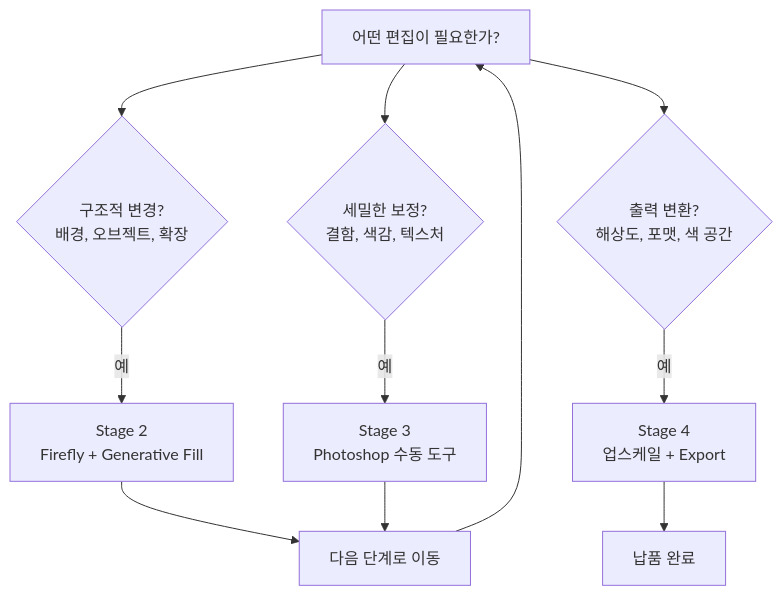
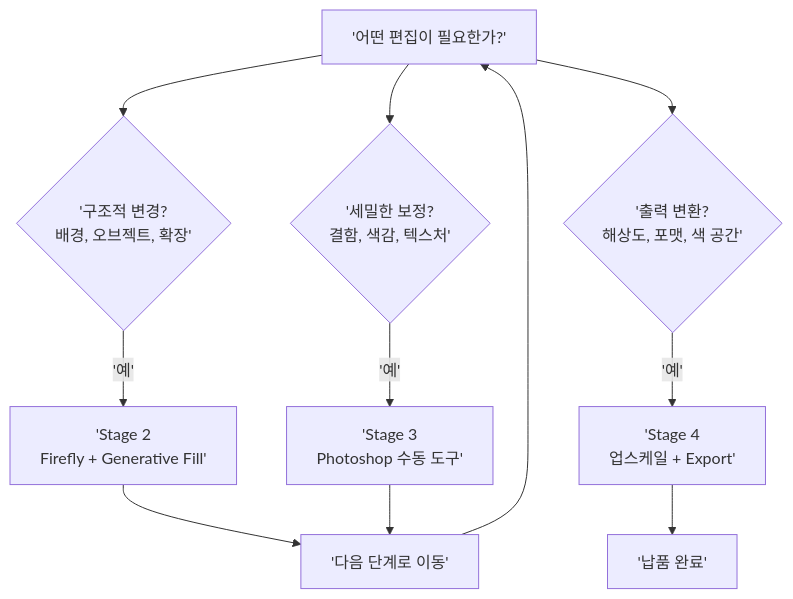
One commit to jsonpassion/forge-tutorial-promptcanvas changed the second of 3 diagrams in 09-ch9-adobe-photoshop-firefly-리터치-워크플로우/05-05-통합-리터치-워크플로우-프로젝트.md. Above: the diagram before and after it, drawn with Mermaid. The commit also changed other lines of this file and 63 other files, not shown here.

````diff
--- a/09-ch9-adobe-photoshop-firefly-리터치-워크플로우/05-05-통합-리터치-워크플로우-프로젝트.md
+++ b/09-ch9-adobe-photoshop-firefly-리터치-워크플로우/05-05-통합-리터치-워크플로우-프로젝트.md
@@ -76,13 +42,13 @@
 ```mermaid
 flowchart TD
-    Q["어떤 편집이 필요한가?"] --> A{"구조적 변경?<br/>배경, 오브젝트, 확장"}
-    Q --> B{"세밀한 보정?<br/>결함, 색감, 텍스처"}
-    Q --> C{"출력 변환?<br/>해상도, 포맷, 색 공간"}
-    A -->|"예"| A1["Stage 2<br/>Firefly + Generative Fill"]
-    B -->|"예"| B1["Stage 3<br/>Photoshop 수동 도구"]
-    C -->|"예"| C1["Stage 4<br/>업스케일 + Export"]
-    A1 --> D["다음 단계로 이동"]
+    Q['어떤 편집이 필요한가?'] --> A{'구조적 변경?<br/>배경, 오브젝트, 확장'}
+    Q --> B{'세밀한 보정?<br/>결함, 색감, 텍스처'}
+    Q --> C{'출력 변환?<br/>해상도, 포맷, 색 공간'}
+    A -->|'예'| A1['Stage 2<br/>Firefly + Generative Fill']
+    B -->|'예'| B1['Stage 3<br/>Photoshop 수동 도구']
+    C -->|'예'| C1['Stage 4<br/>업스케일 + Export']
+    A1 --> D['다음 단계로 이동']
     B1 --> D
-    C1 --> E["납품 완료"]
+    C1 --> E['납품 완료']
     D --> Q
 ```
````
